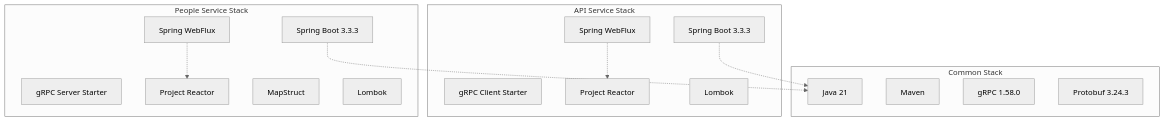
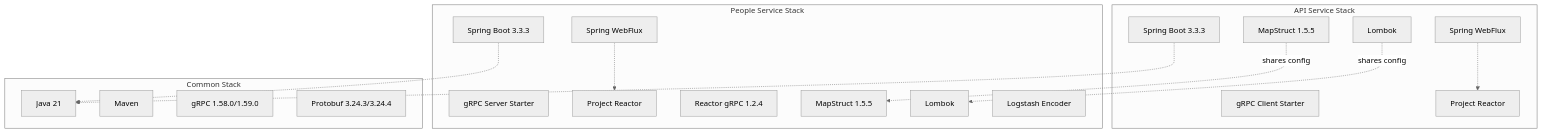
Diagram 12 of 15 in ARCHITECTURE.md (eneas-almeida/bridge), drawn with Mermaid (neutral theme) before and after one commit. The commit also changed other lines of this file, not shown here.

````diff
--- a/ARCHITECTURE.md
+++ b/ARCHITECTURE.md
@@ -388,31 +474,36 @@
 ```mermaid
 graph TB
     subgraph "API Service Stack"
         A1[Spring Boot 3.3.3]
         A2[Spring WebFlux]
         A3[gRPC Client Starter]
         A4[Project Reactor]
-        A5[Lombok]
+        A5[MapStruct 1.5.5]
+        A6[Lombok]
     end
 
     subgraph "People Service Stack"
         P1[Spring Boot 3.3.3]
         P2[Spring WebFlux]
         P3[gRPC Server Starter]
         P4[Project Reactor]
-        P5[MapStruct]
-        P6[Lombok]
+        P5[Reactor gRPC 1.2.4]
+        P6[MapStruct 1.5.5]
+        P7[Lombok]
+        P8[Logstash Encoder]
     end
 
     subgraph "Common Stack"
         C1[Java 21]
         C2[Maven]
-        C3[gRPC 1.58.0]
-        C4[Protobuf 3.24.3]
+        C3[gRPC 1.58.0/1.59.0]
+        C4[Protobuf 3.24.3/3.24.4]
     end
 
     A1 -.-> C1
     P1 -.-> C1
     A2 -.-> A4
     P2 -.-> P4
+    A5 -.shares config.-> P6
+    A6 -.shares config.-> P7
 ```
````
